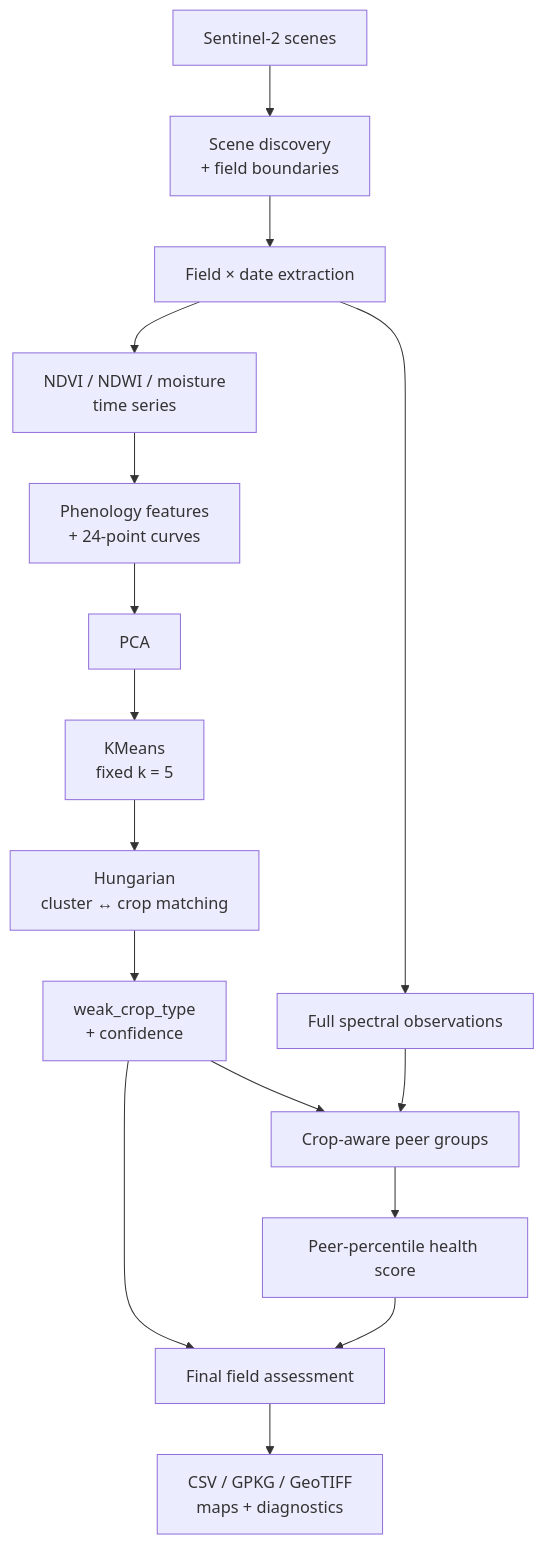
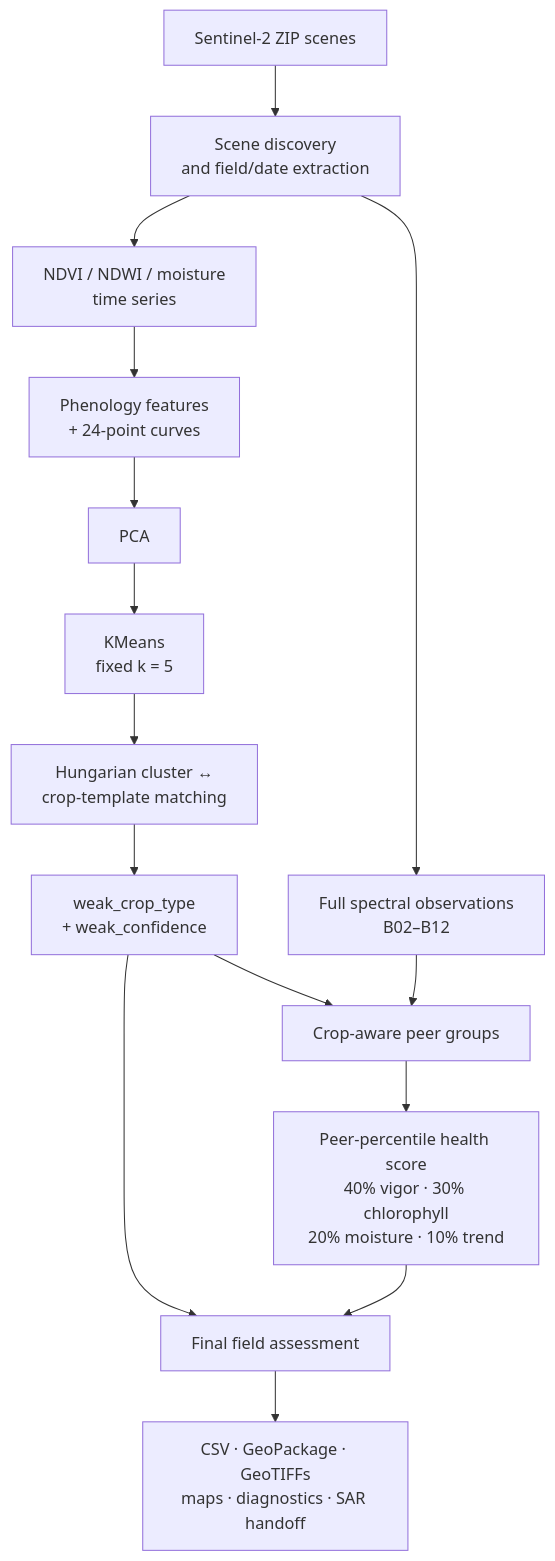
Before and after one commit to AbhayKale332/AISE-2.0: the second of 3 diagrams in README.md, drawn with Mermaid. The commit also changed other lines of this file, not shown here.

````diff
--- a/README.md
+++ b/README.md
@@ -98,22 +52,17 @@
 ```mermaid
 flowchart TD
-    S["Sentinel-2 scenes"] --> X["Scene discovery<br/>+ field boundaries"]
-    X --> T["Field × date extraction"]
-    T --> T1["NDVI / NDWI / moisture<br/>time series"]
-    T --> T2["Full spectral observations"]
-
+    S["Sentinel-2 ZIP scenes"] --> X["Scene discovery<br/>and field/date extraction"]
+    X --> T1["NDVI / NDWI / moisture<br/>time series"]
+    X --> T2["Full spectral observations<br/>B02–B12"]
     T1 --> P["Phenology features<br/>+ 24-point curves"]
     P --> PCA["PCA"]
-    PCA --> KM["KMeans<br/>fixed k = 5"]
-    KM --> H["Hungarian<br/>cluster ↔ crop matching"]
-    H --> CL["weak_crop_type<br/>+ confidence"]
-
-    CL --> PG["Crop-aware peer groups"]
-    T2 --> PG
-    PG --> HS["Peer-percentile health score"]
-
-    CL --> F["Final field assessment"]
-    HS --> F
-
-    F --> O["CSV / GPKG / GeoTIFF<br/>maps + diagnostics"]
+    PCA --> K["KMeans<br/>fixed k = 5"]
+    K --> H["Hungarian cluster ↔<br/>crop-template matching"]
+    H --> C["weak_crop_type<br/>+ weak_confidence"]
+    C --> G["Crop-aware peer groups"]
+    T2 --> G
+    G --> HS["Peer-percentile health score<br/>40% vigor · 30% chlorophyll<br/>20% moisture · 10% trend"]
+    C --> O["Final field assessment"]
+    HS --> O
+    O --> OUT["CSV · GeoPackage · GeoTIFFs<br/>maps · diagnostics · SAR handoff"]
 ```
````
